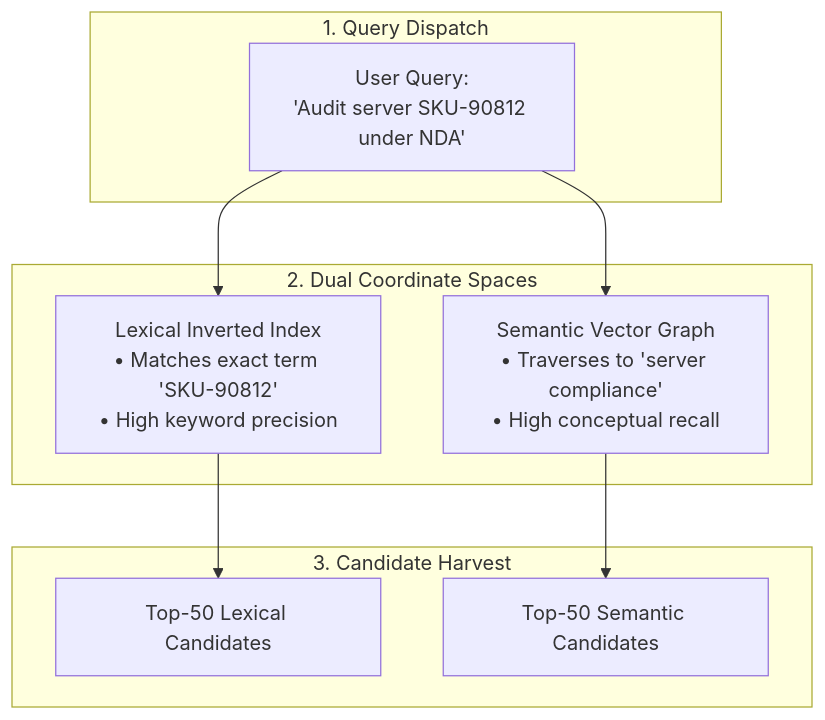
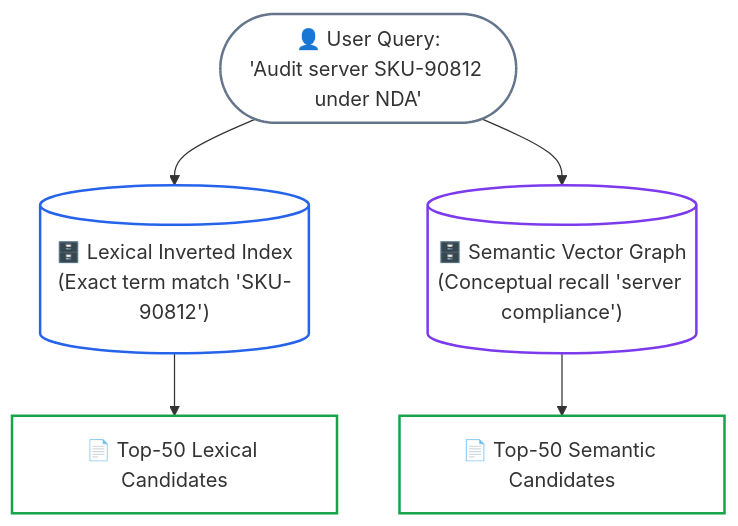
Before and after one commit to dip4k/senior-engineer-to-ai-engineer-roadmap: the first of 3 diagrams in 02-rag-and-knowledge-systems/03-hybrid-search-bm25-and-hnsw.md, drawn with Mermaid. The commit also changed other lines of this file and 39 other files, not shown here.

First line of the commit message:
feat(curriculum): upgrade mermaid diagrams with unicode icons & codify anti-bloat layout rules

````diff
--- a/02-rag-and-knowledge-systems/03-hybrid-search-bm25-and-hnsw.md
+++ b/02-rag-and-knowledge-systems/03-hybrid-search-bm25-and-hnsw.md
@@ -55,21 +55,14 @@
 ```mermaid
 flowchart TD
-    subgraph Query_Dispatch["1. Query Dispatch"]
-        Q["User Query:<br>'Audit server SKU-90812 under NDA'"]
-    end
+    Q(["👤 User Query:<br>'Audit server SKU-90812 under NDA'"]) --> BM25[("🗄️ Lexical Inverted Index<br>(Exact term match 'SKU-90812')")]
+    Q --> HNSW[("🗄️ Semantic Vector Graph<br>(Conceptual recall 'server compliance')")]
 
-    subgraph Dual_Engines["2. Dual Coordinate Spaces"]
-        BM25["Lexical Inverted Index<br>• Matches exact term 'SKU-90812'<br>• High keyword precision"]
-        HNSW["Semantic Vector Graph<br>• Traverses to 'server compliance'<br>• High conceptual recall"]
-    end
+    BM25 --> TopSparse["📄 Top-50 Lexical Candidates"]
+    HNSW --> TopDense["📄 Top-50 Semantic Candidates"]
 
-    subgraph Candidate_Pool["3. Candidate Harvest"]
-        TopSparse["Top-50 Lexical Candidates"]
-        TopDense["Top-50 Semantic Candidates"]
-    end
-
-    Q --> BM25
-    Q --> HNSW
-    BM25 --> TopSparse
-    HNSW --> TopDense
+    style Q stroke:#64748b,stroke-width:2px,fill:none;
+    style BM25 stroke:#2563eb,stroke-width:2px,fill:none;
+    style HNSW stroke:#7c3aed,stroke-width:2px,fill:none;
+    style TopSparse stroke:#16a34a,stroke-width:2px,fill:none;
+    style TopDense stroke:#16a34a,stroke-width:2px,fill:none;
 ```
````
